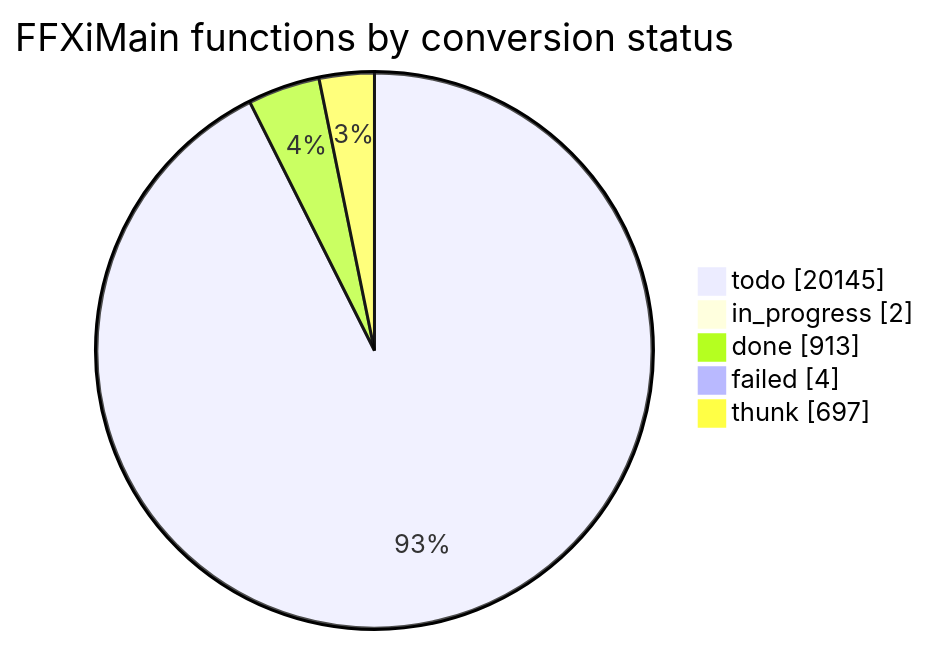
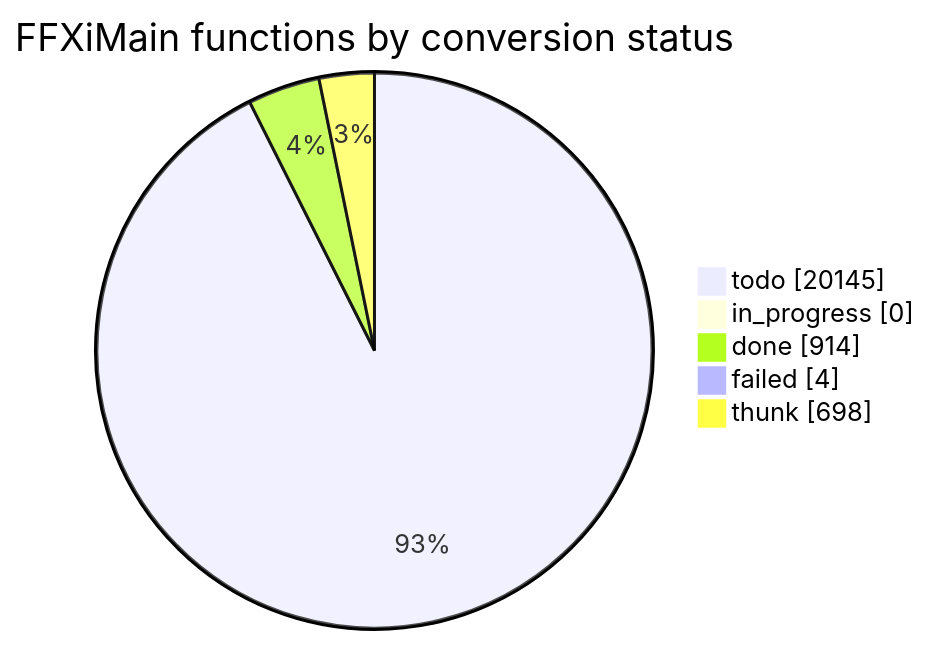
The diagram in docs/cow/STATUS.md (cowrevenge/cow_kuluu_xi_anything), drawn with Mermaid before and after one commit. The commit also changed other lines of this file and 9 other files, not shown here.

````diff
--- a/docs/cow/STATUS.md
+++ b/docs/cow/STATUS.md
@@ -18,9 +18,9 @@
 ```mermaid
 pie showData
     title FFXiMain functions by conversion status
     "todo" : 20145
-    "in_progress" : 2
-    "done" : 913
+    "in_progress" : 0
+    "done" : 914
     "failed" : 4
-    "thunk" : 697
+    "thunk" : 698
 ```
````
